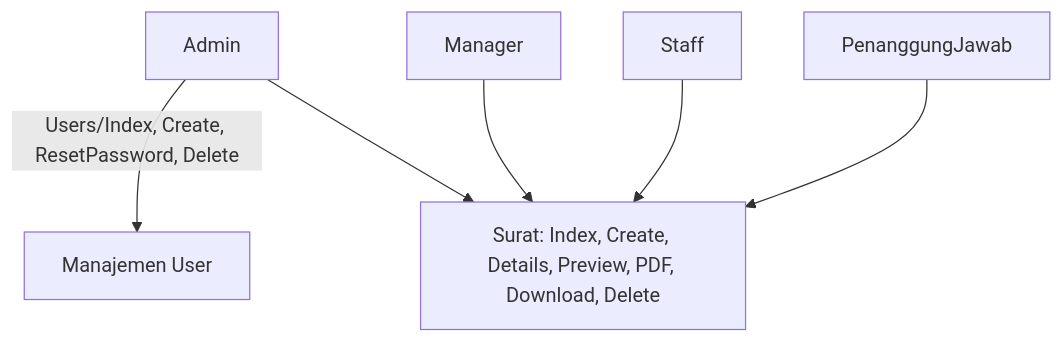
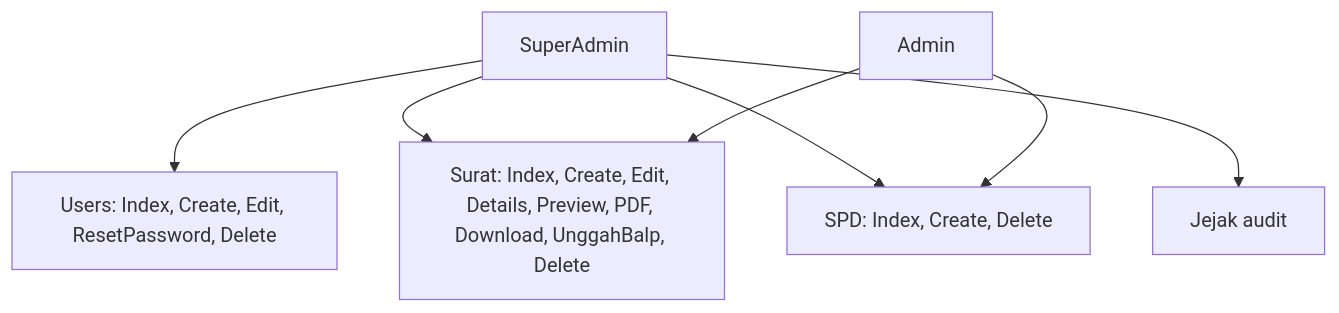
One commit to NDI05/Docuflow-KPB changed the fifth of 5 diagrams in documentation/04-Diagram.md. Above: the diagram before and after it, drawn with Mermaid. The commit also changed other lines of this file and 7 other files, not shown here.

````diff
--- a/documentation/04-Diagram.md
+++ b/documentation/04-Diagram.md
@@ -112,9 +126,11 @@
 ```mermaid
 flowchart TD
-    Admin -->|Users/Index, Create, ResetPassword, Delete| U[Manajemen User]
+    SA[SuperAdmin] --> U["Users: Index, Create, Edit, ResetPassword, Delete"]
+    SA --> Surat
+    SA --> Spd
+    SA --> Audit[Jejak audit]
     Admin --> Surat
-    Manager --> Surat
-    Staff --> Surat
-    PJ[PenanggungJawab] --> Surat
-    Surat[Surat: Index, Create, Details, Preview, PDF, Download, Delete]
+    Admin --> Spd
+    Surat["Surat: Index, Create, Edit, Details, Preview, PDF, Download, UnggahBalp, Delete"]
+    Spd["SPD: Index, Create, Delete"]
 ```
````
